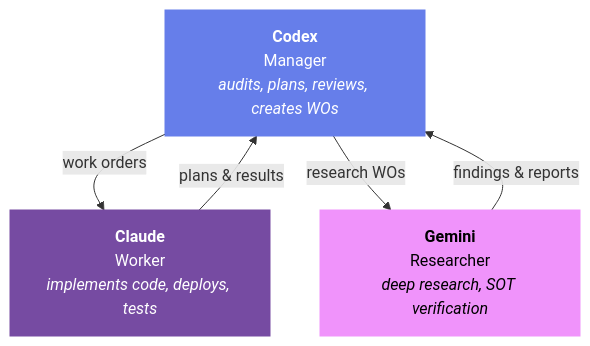
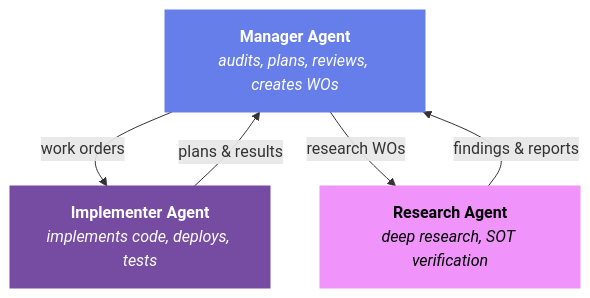
One commit to LuisFaxas/praxis changed the third of 4 diagrams in README.md. Above: the diagram before and after it, drawn with Mermaid. The commit also changed other lines of this file and 8 other files, not shown here.

````diff
--- a/README.md
+++ b/README.md
@@ -189,15 +189,15 @@
 ```mermaid
 graph TD
-    C["<b>Codex</b><br/>Manager<br/><i>audits, plans, reviews, creates WOs</i>"]
-    CL["<b>Claude</b><br/>Worker<br/><i>implements code, deploys, tests</i>"]
-    G["<b>Gemini</b><br/>Researcher<br/><i>deep research, SOT verification</i>"]
+    M["<b>Manager Agent</b><br/><i>audits, plans, reviews, creates WOs</i>"]
+    I["<b>Implementer Agent</b><br/><i>implements code, deploys, tests</i>"]
+    R["<b>Research Agent</b><br/><i>deep research, SOT verification</i>"]
 
-    C -->|"work orders"| CL
-    C -->|"research WOs"| G
-    CL -->|"plans & results"| C
-    G -->|"findings & reports"| C
+    M -->|"work orders"| I
+    M -->|"research WOs"| R
+    I -->|"plans & results"| M
+    R -->|"findings & reports"| M
 
-    style C fill:#667eea,stroke:#667eea,color:#fff
-    style CL fill:#764ba2,stroke:#764ba2,color:#fff
-    style G fill:#f093fb,stroke:#f093fb,color:#000
+    style M fill:#667eea,stroke:#667eea,color:#fff
+    style I fill:#764ba2,stroke:#764ba2,color:#fff
+    style R fill:#f093fb,stroke:#f093fb,color:#000
 ```
````
